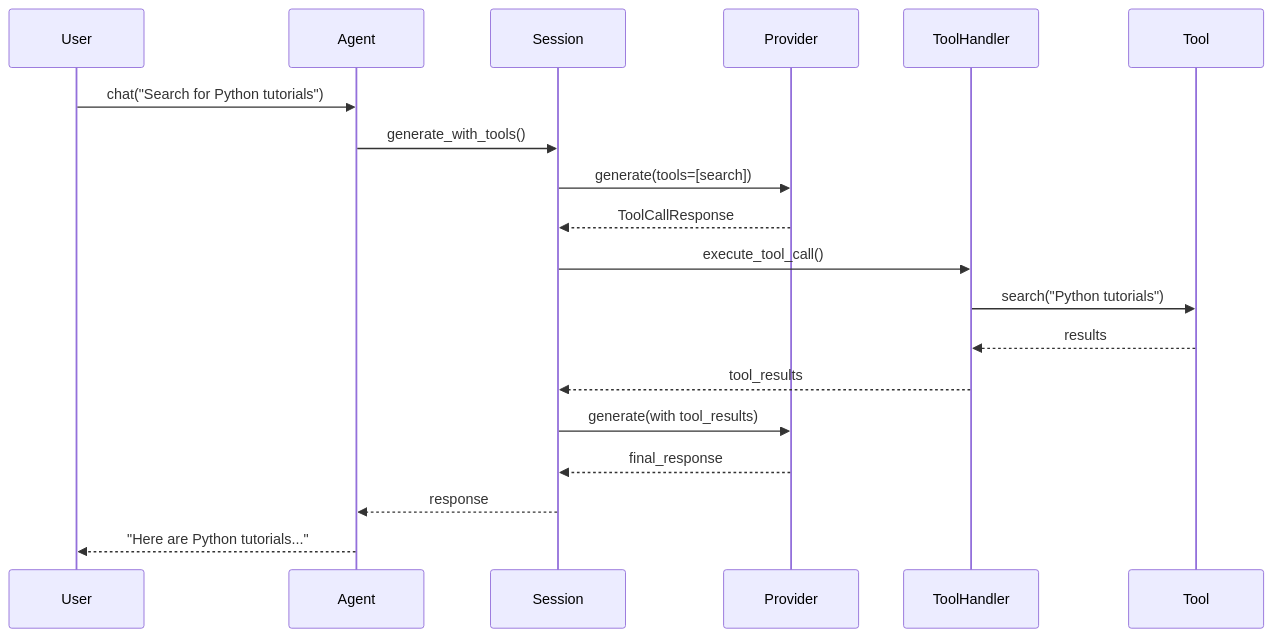
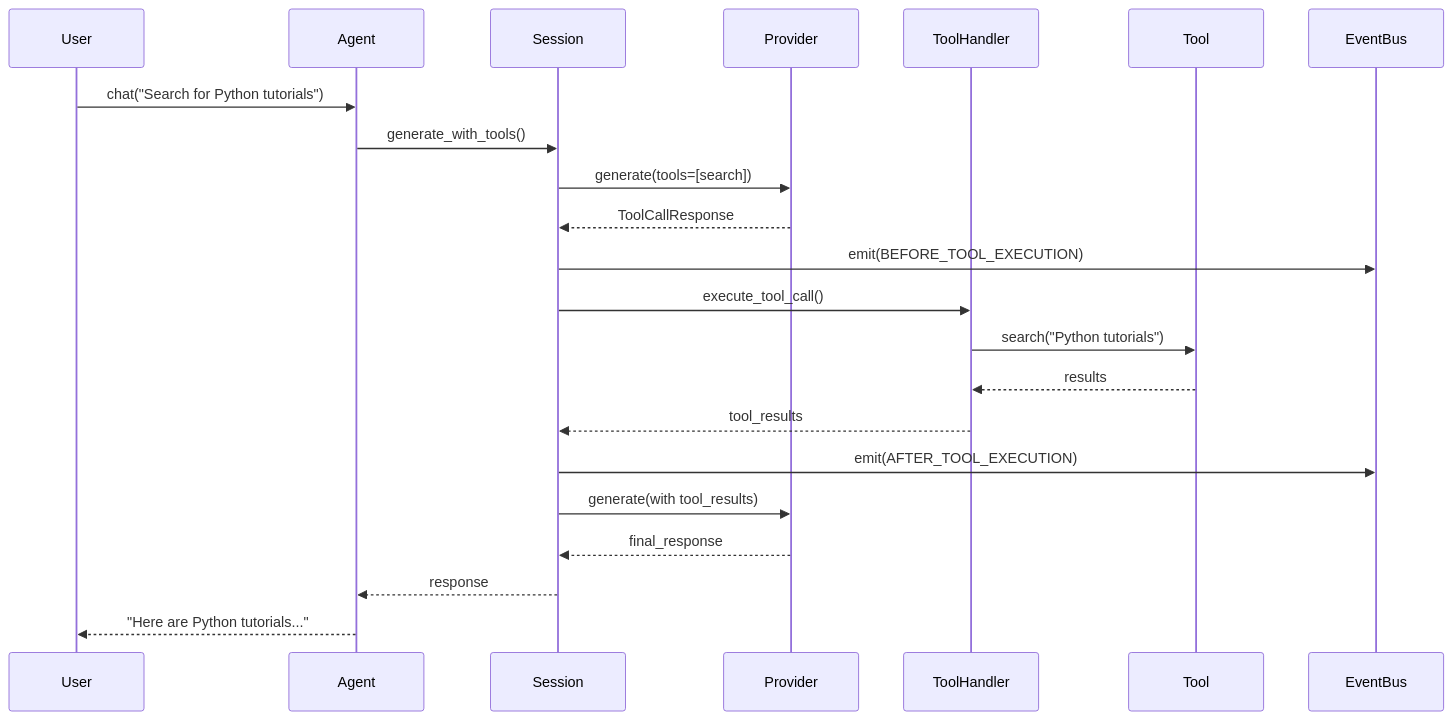
The eighth of 18 diagrams in docs/final-refactoring/diagrams.md (lpalbou/AbstractLLM), drawn with Mermaid before and after one commit. The commit also changed 3 other files, not shown here.

````diff
--- a/docs/final-refactoring/diagrams.md
+++ b/docs/final-refactoring/diagrams.md
@@ -314,22 +314,24 @@
 ```mermaid
 sequenceDiagram
     participant User
     participant Agent
     participant Session
     participant Provider
     participant ToolHandler
     participant Tool
 
     User->>Agent: chat("Search for Python tutorials")
     Agent->>Session: generate_with_tools()
     Session->>Provider: generate(tools=[search])
     Provider-->>Session: ToolCallResponse
+    Session->>EventBus: emit(BEFORE_TOOL_EXECUTION)
     Session->>ToolHandler: execute_tool_call()
     ToolHandler->>Tool: search("Python tutorials")
     Tool-->>ToolHandler: results
     ToolHandler-->>Session: tool_results
+    Session->>EventBus: emit(AFTER_TOOL_EXECUTION)
     Session->>Provider: generate(with tool_results)
     Provider-->>Session: final_response
     Session-->>Agent: response
     Agent-->>User: "Here are Python tutorials..."
 ```
````
